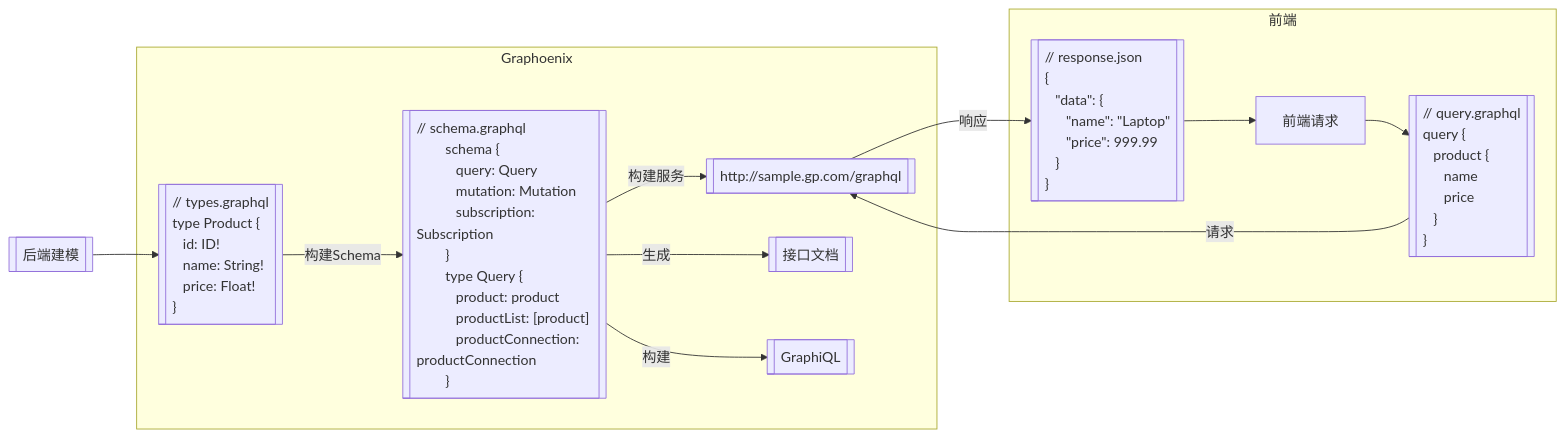
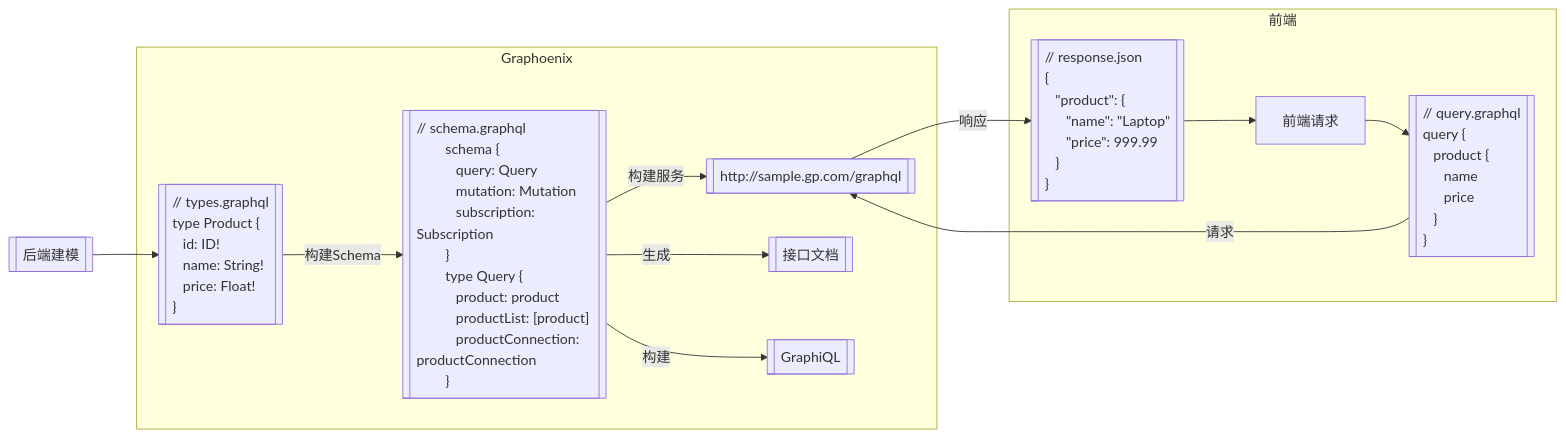
One commit to doukai/gp-doc.github.io changed the second of 12 diagrams in docs/intro.md. Above: the diagram before and after it, drawn with Mermaid. The commit also changed other lines of this file and 7 other files, not shown here.

````diff
--- a/docs/intro.md
+++ b/docs/intro.md
@@ -49,52 +52,52 @@
 ```mermaid
 flowchart LR
     uml[[后端建模]] --> schema
     request --> query -- 请求 --> http
     http -- 响应 --> response --> request
     subgraph Graphoenix
         schema[["// types.graphql
         type Product {
         &emsp;id: ID!
         &emsp;name: String!
         &emsp;price: Float!
         }"]]
         graphql[["// schema.graphql
         schema {
         &emsp;query: Query
         &emsp;mutation: Mutation
         &emsp;subscription: Subscription
         }
         type Query {
         &emsp;product: product
         &emsp;productList: [product]
         &emsp;productConnection: productConnection
         }"]]
         http[["http://sample.gp.com/graphql"]]
         doc[[接口文档]]
         iq[[GraphiQL]]
         schema -- 构建Schema --> graphql -- 构建服务 --> http
         graphql -- 生成 --> doc
         graphql -- 构建 --> iq
     end
     subgraph 前端
         request[前端请求]
         query[["// query.graphql
         query {
         &emsp;product {
         &emsp;&emsp;name
         &emsp;&emsp;price
         &emsp;}
         }"]]
         response[["// response.json
         {
-        &emsp;&quot;data&quot;: {
+        &emsp;&quot;product&quot;: {
         &emsp;&emsp;&quot;name&quot;: &quot;Laptop&quot;
         &emsp;&emsp;&quot;price&quot;: 999.99
         &emsp;}
         }"]]
     end
     style schema text-align:left
     style graphql text-align:left
     style query text-align:left
     style response text-align:left
 ```
````
